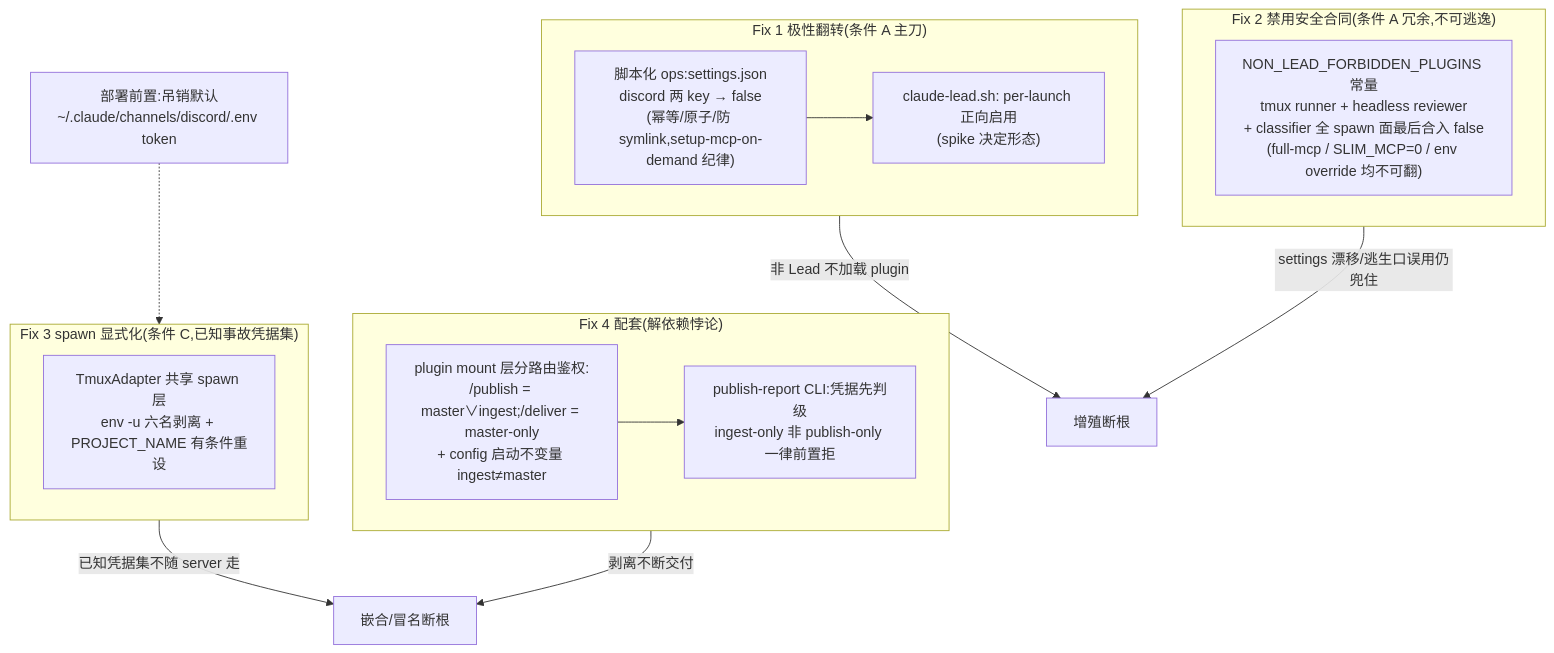
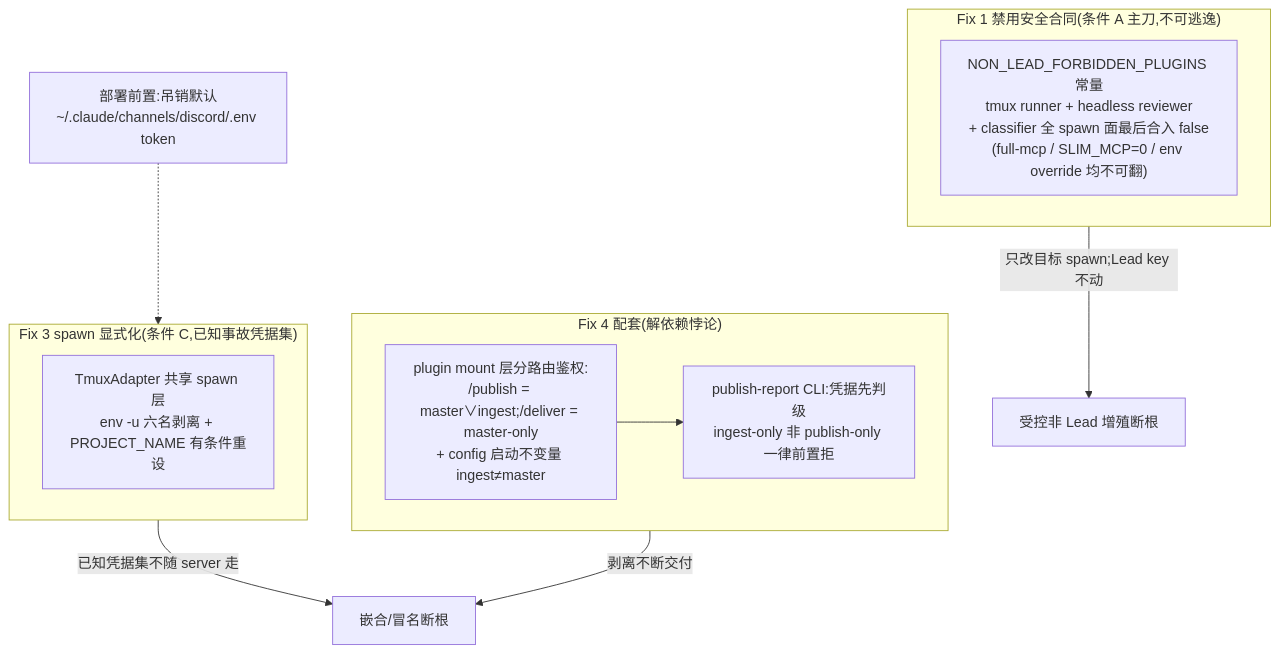
The diagram in engineering/doc/FLY-1715-runner-no-discord-plugin/plan.md (xrliAnnie/flywheel-qa-sandbox), drawn with Mermaid before and after one commit. The commit also changed other lines of this file and 12 other files, not shown here.

Commit message:
fix(FLY-1715): keep Discord disable per launch

````diff
--- a/engineering/doc/FLY-1715-runner-no-discord-plugin/plan.md
+++ b/engineering/doc/FLY-1715-runner-no-discord-plugin/plan.md
@@ -32,20 +33,16 @@
 ```mermaid
 flowchart TB
-    subgraph fix1["Fix 1 极性翻转(条件 A 主刀)"]
-        OPS1["脚本化 ops:settings.json<br/>discord 两 key → false<br/>(幂等/原子/防 symlink,setup-mcp-on-demand 纪律)"] --> LEAD["claude-lead.sh: per-launch 正向启用<br/>(spike 决定形态)"]
-    end
-    subgraph fix2["Fix 2 禁用安全合同(条件 A 冗余,不可逃逸)"]
+    subgraph fix2["Fix 1 禁用安全合同(条件 A 主刀,不可逃逸)"]
         PROF["NON_LEAD_FORBIDDEN_PLUGINS 常量<br/>tmux runner + headless reviewer<br/>+ classifier 全 spawn 面最后合入 false<br/>(full-mcp / SLIM_MCP=0 / env override 均不可翻)"]
     end
     subgraph fix3["Fix 3 spawn 显式化(条件 C,已知事故凭据集)"]
         STRIP["TmuxAdapter 共享 spawn 层<br/>env -u 六名剥离 + PROJECT_NAME 有条件重设"]
     end
     subgraph fix4["Fix 4 配套(解依赖悖论)"]
         RPT["plugin mount 层分路由鉴权:<br/>/publish = master∨ingest;/deliver = master-only<br/>+ config 启动不变量 ingest≠master"] --> CLI["publish-report CLI:凭据先判级<br/>ingest-only 非 publish-only 一律前置拒"]
     end
     P0["部署前置:吊销默认<br/>~/.claude/channels/discord/.env token"] -.-> fix3
-    fix1 -->|"非 Lead 不加载 plugin"| DONE["增殖断根"]
-    fix2 -->|"settings 漂移/逃生口误用仍兜住"| DONE
+    fix2 -->|"只改目标 spawn;Lead key 不动"| DONE["受控非 Lead 增殖断根"]
     fix3 -->|"已知凭据集不随 server 走"| DONE2["嵌合/冒名断根"]
     fix4 -->|"剥离不断交付"| DONE2
 ```
````
